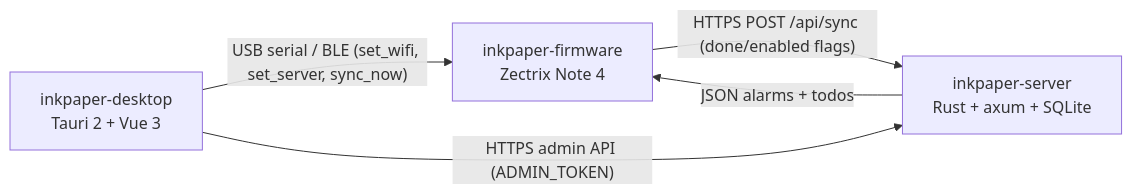
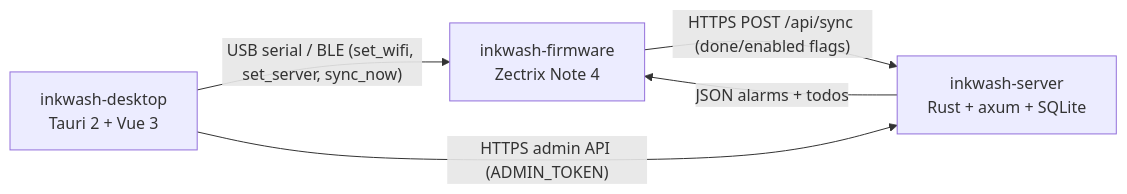
One commit to counhopig/inkpaper-firmware changed the diagram in README.md. Above: the diagram before and after it, drawn with Mermaid. The commit also changed other lines of this file and 21 other files, not shown here.

First line of the commit message:
refactor!: rebrand Inkpaper to Inkwash

````diff
--- a/README.md
+++ b/README.md
@@ -43,7 +43,7 @@
 ```mermaid
 flowchart LR
-    D["inkpaper-firmware<br/>Zectrix Note 4"] -->|"HTTPS POST /api/sync (done/enabled flags)"| S["inkpaper-server<br/>Rust + axum + SQLite"]
+    D["inkwash-firmware<br/>Zectrix Note 4"] -->|"HTTPS POST /api/sync (done/enabled flags)"| S["inkwash-server<br/>Rust + axum + SQLite"]
     S -->|"JSON alarms + todos"| D
-    T["inkpaper-desktop<br/>Tauri 2 + Vue 3"] -->|"USB serial / BLE (set_wifi, set_server, sync_now)"| D
+    T["inkwash-desktop<br/>Tauri 2 + Vue 3"] -->|"USB serial / BLE (set_wifi, set_server, sync_now)"| D
     T -->|"HTTPS admin API (ADMIN_TOKEN)"| S
 ```
````
